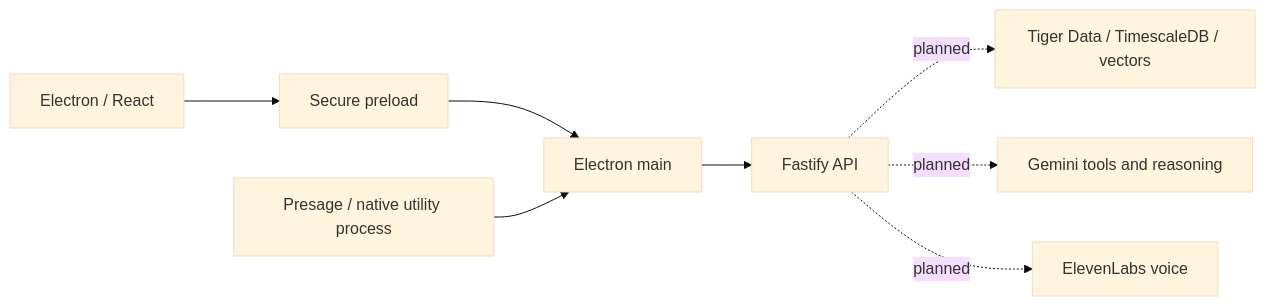
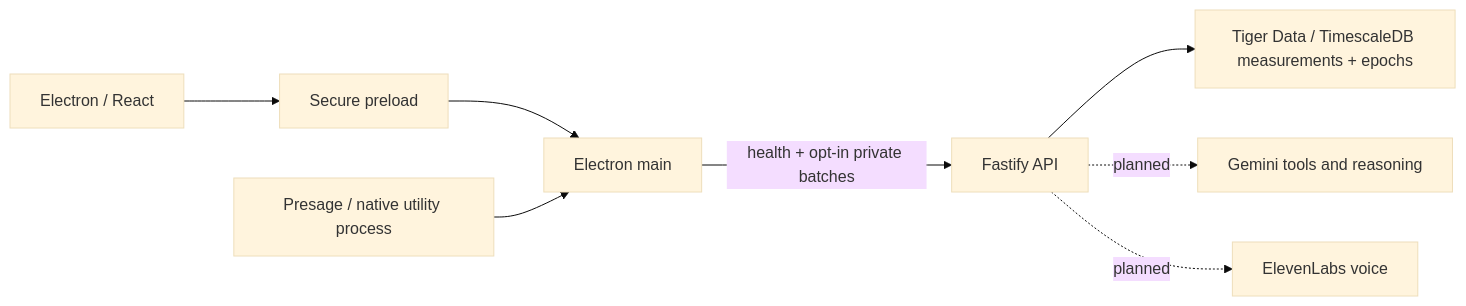
The diagram in README.md (Jeffjone/TrueIris), drawn with Mermaid (base theme) before and after one commit. The commit also changed other lines of this file and 48 other files, not shown here.

Commit message:
feat(storage): add Tiger Data ingestion and epoch persistence

````diff
--- a/README.md
+++ b/README.md
@@ -9,10 +9,10 @@
 ```mermaid
 flowchart LR
   UI[Electron / React] --> PRELOAD[Secure preload]
   PRELOAD --> MAIN[Electron main]
-  MAIN --> API[Fastify API]
-  API -. planned .-> DB[Tiger Data / TimescaleDB / vectors]
+  MAIN -->|health + opt-in private batches| API[Fastify API]
+  API --> DB[Tiger Data / TimescaleDB measurements + epochs]
   API -. planned .-> AI[Gemini tools and reasoning]
   API -. planned .-> VOICE[ElevenLabs voice]
   SENSOR[Presage / native utility process] --> MAIN
 ```
````
